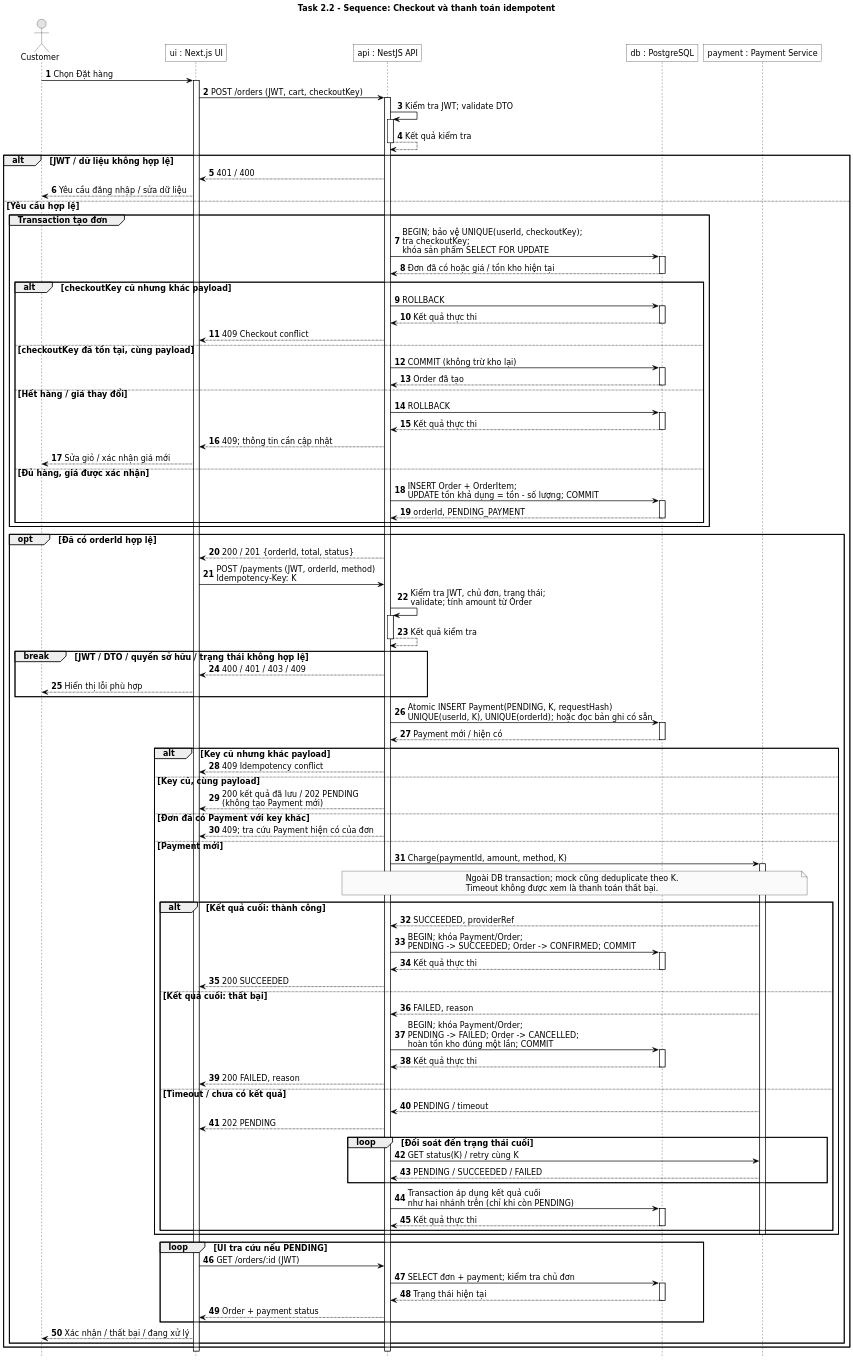
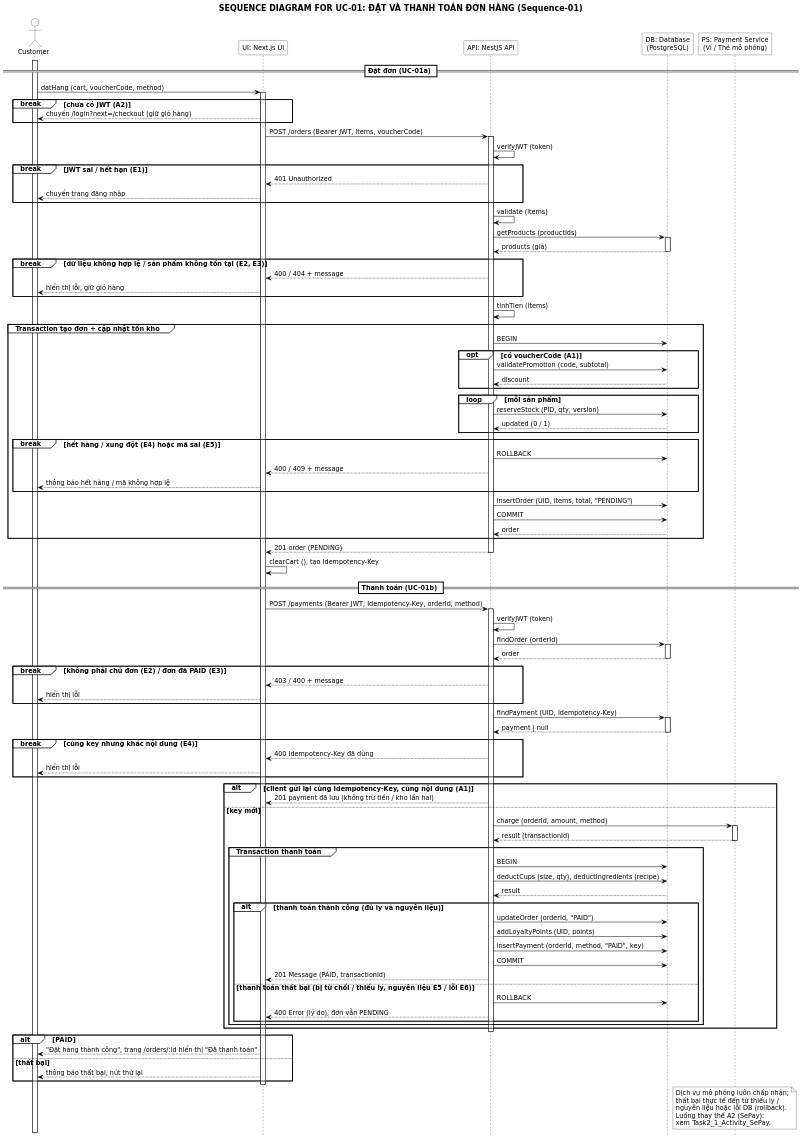
Before and after one commit to Bao3Q/PhucLong: the diagram in docs/diagrams/Task2_2_Sequence.puml, drawn with PlantUML. The commit also changed 27 other files, not shown here.

Commit message:
docs: cap nhat so do Task 2 (activity draw.io, sequence/class)

```diff
--- a/docs/diagrams/Task2_2_Sequence.puml
+++ b/docs/diagrams/Task2_2_Sequence.puml
@@ -1,137 +1,137 @@
-@startuml
+@startuml Task2_2_Sequence
 skinparam backgroundColor white
-skinparam monochrome true
 skinparam shadowing false
-skinparam roundCorner 0
 skinparam defaultFontName DejaVu Sans
-skinparam defaultFontSize 14
+skinparam defaultFontSize 13
+skinparam dpi 140
+skinparam TitleFontSize 16
+skinparam ParticipantBackgroundColor white
+skinparam ParticipantBorderColor black
+skinparam ActorBackgroundColor white
+skinparam ActorBorderColor black
+skinparam SequenceLifeLineBorderColor black
+skinparam SequenceLifeLineBackgroundColor white
+skinparam SequenceGroupBorderColor black
+skinparam SequenceGroupBackgroundColor white
+skinparam SequenceGroupHeaderFontStyle bold
 skinparam ArrowColor black
-skinparam dpi 160
-hide empty description
+skinparam SequenceDividerBackgroundColor white
+skinparam SequenceDividerBorderColor black
+skinparam SequenceGroupHeaderFontColor black
+skinparam NoteBackgroundColor white
+skinparam NoteBorderColor black
+skinparam sequenceMessageAlign left
+hide footbox
+title SEQUENCE DIAGRAM FOR UC-01: ĐẶT VÀ THANH TOÁN ĐƠN HÀNG (Sequence-01)
 
-title Task 2.2 - Sequence: Checkout và thanh toán idempotent
-hide footbox
-skinparam sequenceLifeLineBorderColor black
-skinparam sequenceLifeLineBackgroundColor white
-skinparam sequenceParticipantBackgroundColor white
-skinparam sequenceArrowThickness 1.2
-autonumber
-actor Customer as C
-participant "ui : Next.js UI" as UI
-participant "api : NestJS API" as API
-participant "db : PostgreSQL" as DB
-participant "payment : Payment Service" as PS
-C -> UI : Chọn Đặt hàng
+actor "Customer" as C
+participant "UI: Next.js UI" as UI
+participant "API: NestJS API" as API
+participant "DB: Database\n(PostgreSQL)" as DB
+participant "PS: Payment Service\n(Ví / Thẻ mô phỏng)" as PS
+
+== Đặt đơn (UC-01a) ==
+activate C
+C -> UI : datHang (cart, voucherCode, method)
 activate UI
-UI -> API : POST /orders (JWT, cart, checkoutKey)
+break chưa có JWT (A2)
+  UI --> C : chuyển /login?next=/checkout (giữ giỏ hàng)
+end
+UI -> API : POST /orders (Bearer JWT, items, voucherCode)
 activate API
-API -> API : Kiểm tra JWT; validate DTO
+API -> API : verifyJWT (token)
+break JWT sai / hết hạn (E1)
+  API --> UI : 401 Unauthorized
+  UI --> C : chuyển trang đăng nhập
+end
+API -> API : validate (items)
+API -> DB : getProducts (productIds)
+activate DB
+DB --> API : products (giá)
+deactivate DB
+break dữ liệu không hợp lệ / sản phẩm không tồn tại (E2, E3)
+  API --> UI : 400 / 404 + message
+  UI --> C : hiển thị lỗi, giữ giỏ hàng
+end
+API -> API : tinhTien (items)
+group Transaction tạo đơn + cập nhật tồn kho
+  API -> DB : BEGIN
+  opt có voucherCode (A1)
+    API -> DB : validatePromotion (code, subtotal)
+    DB --> API : discount
+  end
+  loop mỗi sản phẩm
+    API -> DB : reserveStock (PID, qty, version)
+    DB --> API : updated (0 / 1)
+  end
+  break hết hàng / xung đột (E4) hoặc mã sai (E5)
+    API -> DB : ROLLBACK
+    API --> UI : 400 / 409 + message
+    UI --> C : thông báo hết hàng / mã không hợp lệ
+  end
+  API -> DB : insertOrder (UID, items, total, "PENDING")
+  API -> DB : COMMIT
+  DB --> API : order
+end
+API --> UI : 201 order (PENDING)
+deactivate API
+UI -> UI : clearCart (), tạo Idempotency-Key
+
+== Thanh toán (UC-01b) ==
+UI -> API : POST /payments (Bearer JWT, Idempotency-Key, orderId, method)
 activate API
-API --> API : Kết quả kiểm tra
-deactivate API
-alt JWT / dữ liệu không hợp lệ
- API --> UI : 401 / 400
- UI --> C : Yêu cầu đăng nhập / sửa dữ liệu
-else Yêu cầu hợp lệ
- group Transaction tạo đơn
-  API -> DB : BEGIN; bảo vệ UNIQUE(userId, checkoutKey);\ntra checkoutKey;\nkhóa sản phẩm SELECT FOR UPDATE
+API -> API : verifyJWT (token)
+API -> DB : findOrder (orderId)
 activate DB
-  DB --> API : Đơn đã có hoặc giá / tồn kho hiện tại
+DB --> API : order
 deactivate DB
-  alt checkoutKey cũ nhưng khác payload
-   API -> DB : ROLLBACK
+break không phải chủ đơn (E2) / đơn đã PAID (E3)
+  API --> UI : 403 / 400 + message
+  UI --> C : hiển thị lỗi
+end
+API -> DB : findPayment (UID, Idempotency-Key)
 activate DB
-DB --> API : Kết quả thực thi
+DB --> API : payment | null
 deactivate DB
-   API --> UI : 409 Checkout conflict
-  else checkoutKey đã tồn tại, cùng payload
-   API -> DB : COMMIT (không trừ kho lại)
-activate DB
-   DB --> API : Order đã tạo
-deactivate DB
-  else Hết hàng / giá thay đổi
-   API -> DB : ROLLBACK
-activate DB
-DB --> API : Kết quả thực thi
-deactivate DB
-   API --> UI : 409; thông tin cần cập nhật
-   UI --> C : Sửa giỏ / xác nhận giá mới
-  else Đủ hàng, giá được xác nhận
-   API -> DB : INSERT Order + OrderItem;\nUPDATE tồn khả dụng = tồn - số lượng; COMMIT
-activate DB
-   DB --> API : orderId, PENDING_PAYMENT
-deactivate DB
+break cùng key nhưng khác nội dung (E4)
+  API --> UI : 400 Idempotency-Key đã dùng
+  UI --> C : hiển thị lỗi
+end
+alt client gửi lại cùng Idempotency-Key, cùng nội dung (A1)
+  API --> UI : 201 payment đã lưu (không trừ tiền / kho lần hai)
+else key mới
+  API -> PS : charge (orderId, amount, method)
+  activate PS
+  PS --> API : result (transactionId)
+  deactivate PS
+  group Transaction thanh toán
+    API -> DB : BEGIN
+    API -> DB : deductCups (size, qty), deductIngredients (recipe)
+    DB --> API : result
+    alt thanh toán thành công (đủ ly và nguyên liệu)
+      API -> DB : updateOrder (orderId, "PAID")
+      API -> DB : addLoyaltyPoints (UID, points)
+      API -> DB : insertPayment (orderId, method, "PAID", key)
+      API -> DB : COMMIT
+      API --> UI : 201 Message (PAID, transactionId)
+    else thanh toán thất bại (bị từ chối / thiếu ly, nguyên liệu E5 / lỗi E6)
+      API -> DB : ROLLBACK
+      API --> UI : 400 Error (lý do), đơn vẫn PENDING
+    end
   end
- end
- opt Đã có orderId hợp lệ
-  API --> UI : 200 / 201 {orderId, total, status}
-  UI -> API : POST /payments (JWT, orderId, method)\nIdempotency-Key: K
-  API -> API : Kiểm tra JWT, chủ đơn, trạng thái;\nvalidate; tính amount từ Order
-activate API
-API --> API : Kết quả kiểm tra
-deactivate API
-  break JWT / DTO / quyền sở hữu / trạng thái không hợp lệ
-   API --> UI : 400 / 401 / 403 / 409
-   UI --> C : Hiển thị lỗi phù hợp
-  end
-  API -> DB : Atomic INSERT Payment(PENDING, K, requestHash)\nUNIQUE(userId, K), UNIQUE(orderId); hoặc đọc bản ghi có sẵn
-activate DB
-  DB --> API : Payment mới / hiện có
-deactivate DB
-  alt Key cũ nhưng khác payload
-   API --> UI : 409 Idempotency conflict
-  else Key cũ, cùng payload
-   API --> UI : 200 kết quả đã lưu / 202 PENDING\n(không tạo Payment mới)
-  else Đơn đã có Payment với key khác
-   API --> UI : 409; tra cứu Payment hiện có của đơn
-  else Payment mới
-   API -> PS : Charge(paymentId, amount, method, K)
-activate PS
-   note over API,PS
-    Ngoài DB transaction; mock cũng deduplicate theo K.
-    Timeout không được xem là thanh toán thất bại.
-   end note
-   alt Kết quả cuối: thành công
-    PS --> API : SUCCEEDED, providerRef
-    API -> DB : BEGIN; khóa Payment/Order;\nPENDING -> SUCCEEDED; Order -> CONFIRMED; COMMIT
-activate DB
-DB --> API : Kết quả thực thi
-deactivate DB
-    API --> UI : 200 SUCCEEDED
-   else Kết quả cuối: thất bại
-    PS --> API : FAILED, reason
-    API -> DB : BEGIN; khóa Payment/Order;\nPENDING -> FAILED; Order -> CANCELLED;\nhoàn tồn kho đúng một lần; COMMIT
-activate DB
-DB --> API : Kết quả thực thi
-deactivate DB
-    API --> UI : 200 FAILED, reason
-   else Timeout / chưa có kết quả
-    PS --> API : PENDING / timeout
-    API --> UI : 202 PENDING
-    loop Đối soát đến trạng thái cuối
-     API -> PS : GET status(K) / retry cùng K
-     PS --> API : PENDING / SUCCEEDED / FAILED
-    end
-    API -> DB : Transaction áp dụng kết quả cuối\nnhư hai nhánh trên (chỉ khi còn PENDING)
-activate DB
-DB --> API : Kết quả thực thi
-deactivate DB
-   end
-deactivate PS
-  end
-  loop UI tra cứu nếu PENDING
-   UI -> API : GET /orders/:id (JWT)
-   API -> DB : SELECT đơn + payment; kiểm tra chủ đơn
-activate DB
-   DB --> API : Trạng thái hiện tại
-deactivate DB
-   API --> UI : Order + payment status
-  end
-  UI --> C : Xác nhận / thất bại / đang xử lý
- end
 end
 deactivate API
+alt PAID
+  UI --> C : "Đặt hàng thành công", trang /orders/:id hiển thị "Đã thanh toán"
+else thất bại
+  UI --> C : thông báo thất bại, nút thử lại
+end
 deactivate UI
-
-
+note over PS
+  Dịch vụ mô phỏng luôn chấp nhận;
+  thất bại thực tế đến từ thiếu ly /
+  nguyên liệu hoặc lỗi DB (rollback).
+  Luồng thay thế A2 (SePay):
+  xem Task2_1_Activity_SePay.
+end note
 @enduml
```
